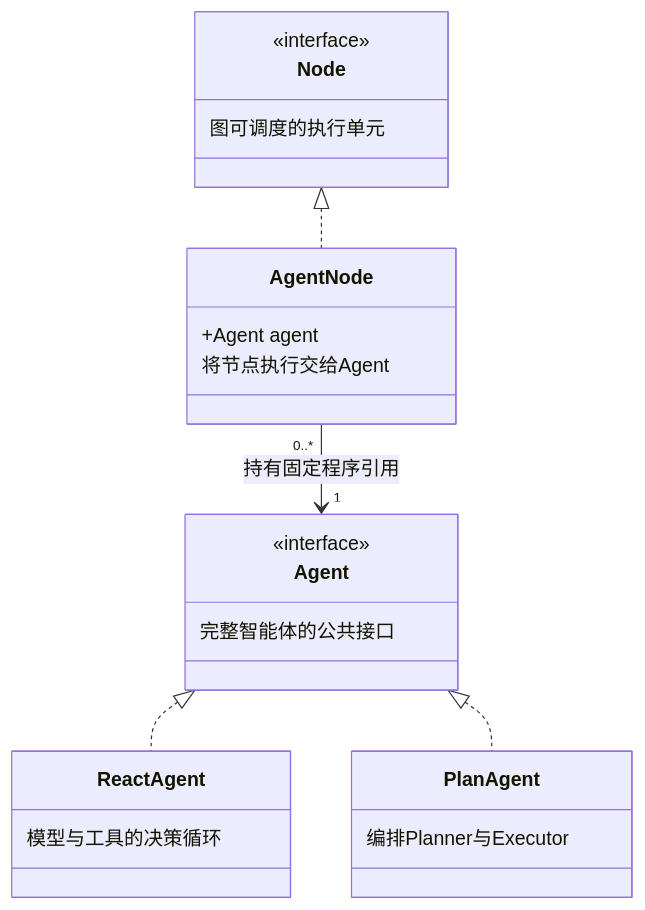
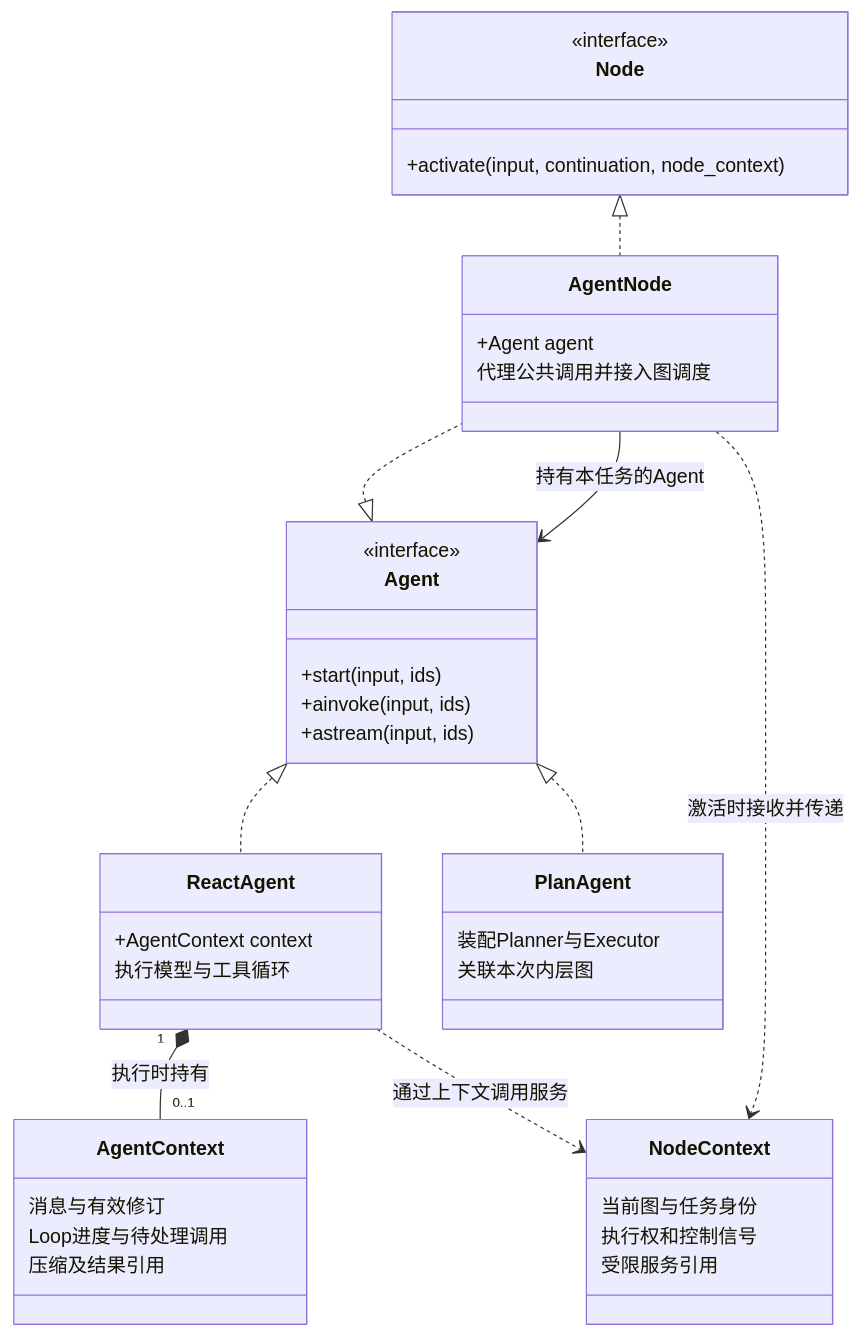
The second of 9 diagrams in docs/sdk/object-collaboration.md (dujian0068/agent-loom), drawn with Mermaid before and after one commit. The commit also changed other lines of this file and 15 other files, not shown here.

````diff
--- a/docs/sdk/object-collaboration.md
+++ b/docs/sdk/object-collaboration.md
@@ -143,26 +138,44 @@
 ```mermaid
 classDiagram
     direction TB
     class Node {
       <<interface>>
-      图可调度的执行单元
+      +activate(input, continuation, node_context)
+    }
+    class Agent {
+      <<interface>>
+      +start(input, ids)
+      +ainvoke(input, ids)
+      +astream(input, ids)
     }
     class AgentNode {
       +Agent agent
-      将节点执行交给Agent
-    }
-    class Agent {
-      <<interface>>
-      完整智能体的公共接口
+      代理公共调用并接入图调度
     }
     class ReactAgent {
-      模型与工具的决策循环
+      +AgentContext context
+      执行模型与工具循环
     }
     class PlanAgent {
-      编排Planner与Executor
+      装配Planner与Executor
+      关联本次内层图
+    }
+    class AgentContext {
+      消息与有效修订
+      Loop进度与待处理调用
+      压缩及结果引用
+    }
+    class NodeContext {
+      当前图与任务身份
+      执行权和控制信号
+      受限服务引用
     }
     Node <|.. AgentNode
+    Agent <|.. AgentNode
     Agent <|.. ReactAgent
     Agent <|.. PlanAgent
-    AgentNode "0..*" --> "1" Agent : 持有固定程序引用
+    AgentNode --> Agent : 持有本任务的Agent
+    ReactAgent "1" *-- "0..1" AgentContext : 执行时持有
+    AgentNode ..> NodeContext : 激活时接收并传递
+    ReactAgent ..> NodeContext : 通过上下文调用服务
 ```
````
